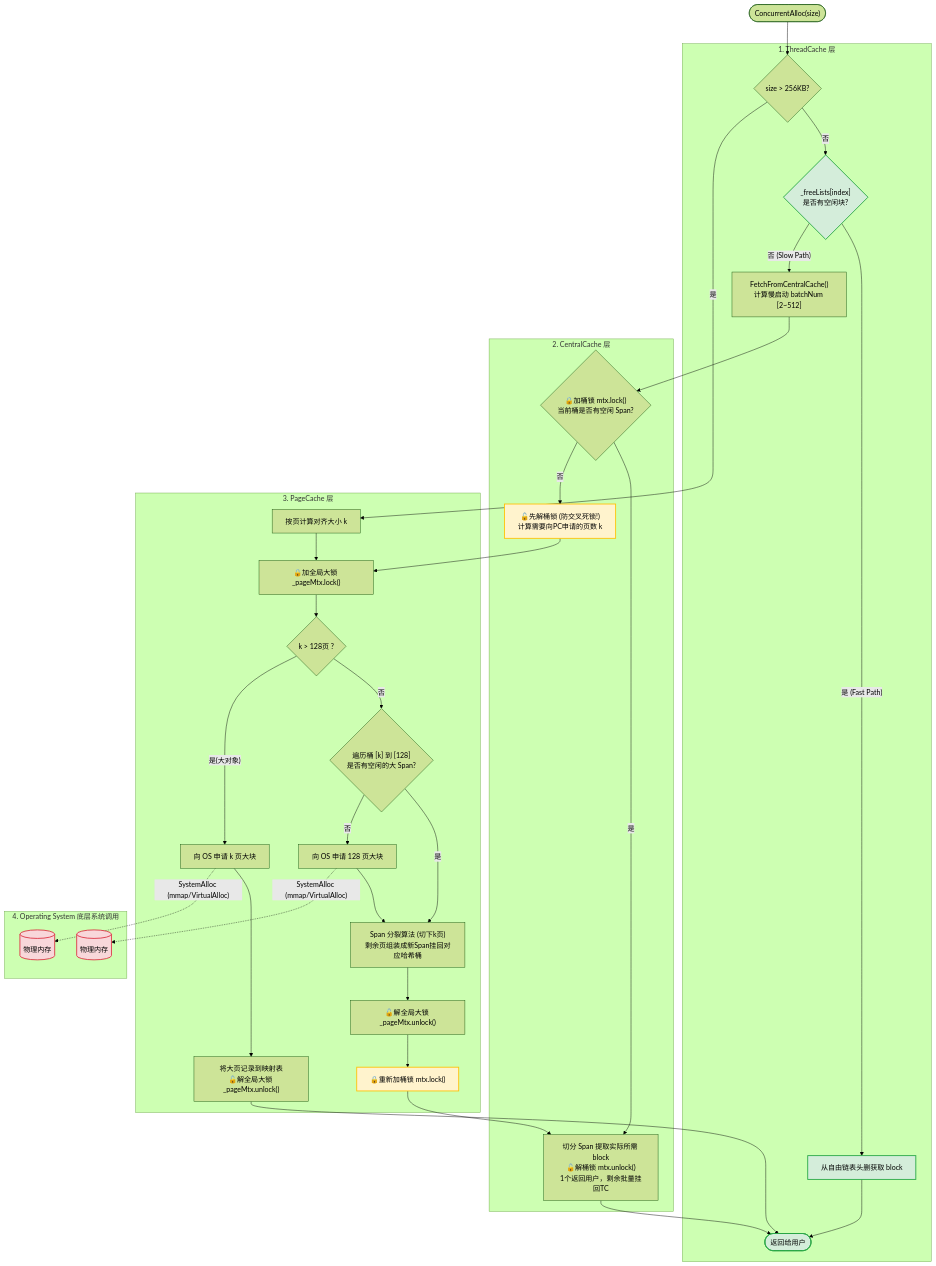
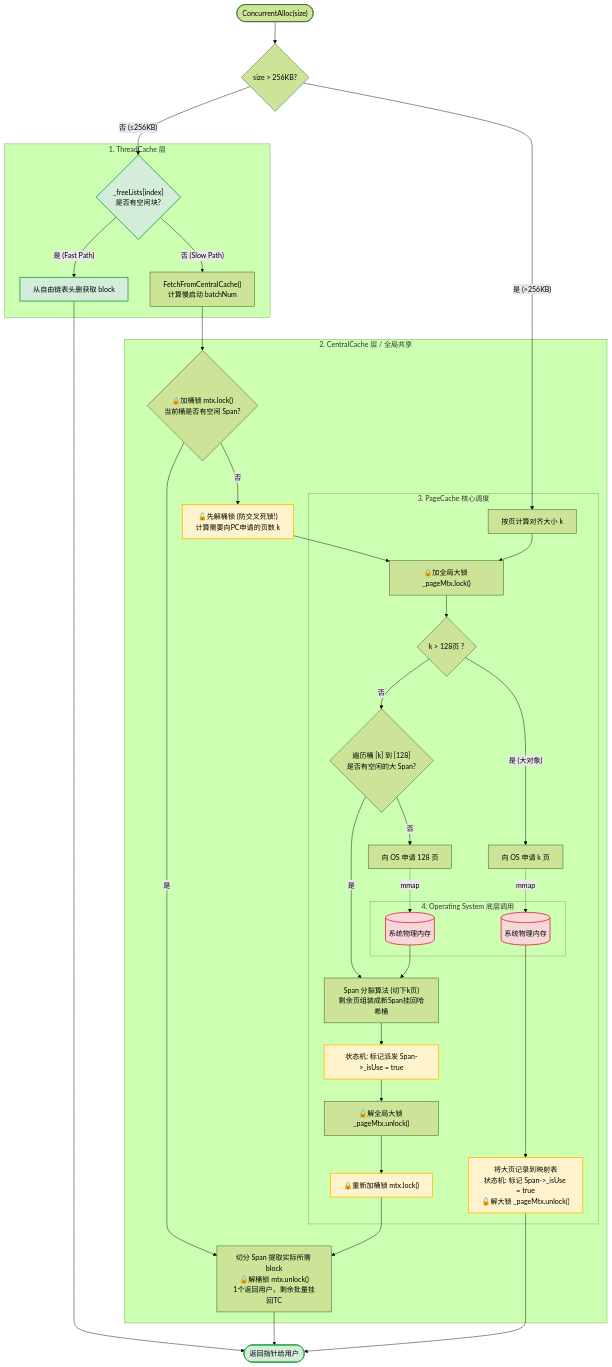
One commit to caoyue2020/MemoryPool changed the first of 3 diagrams in README.md. Above: the diagram before and after it, drawn with Mermaid (forest theme). The commit also changed other lines of this file, not shown here.

````diff
--- a/README.md
+++ b/README.md
@@ -52,63 +25,91 @@
 ```mermaid
 flowchart TD
-    %% 样式定义
+    %% ================= 1. 全局节点提前声明 =================
+    Start(["ConcurrentAlloc(size)"])
+    SizeCheck{"size > 256KB?"}
+    Return(["返回指针给用户"])
+
+    %% ================= 2. 线程私有层 =================
+    subgraph TC [1. ThreadCache 层]
+        CheckTC{"_freeLists[index]<br>是否有空闲块?"}
+        TCPop["从自由链表头删获取 block"]
+        FetchCC["FetchFromCentralCache()<br>计算慢启动 batchNum"]
+    end
+
+    %% ================= 3. 全局共享层 & 系统底层 (深度嵌套) =================
+    subgraph CC [2. CentralCache 层 / 全局共享]
+        CCGetOne{"🔒加桶锁 mtx.lock()<br>当前桶是否有空闲 Span?"}
+        CCSlice["切分 Span 提取实际所需 block<br>🔓解桶锁 mtx.unlock()<br>1个返回用户，剩余批量挂回TC"]
+        ReqPC["🔓先解桶锁 (防交叉死锁!)<br>计算需要向PC申请的页数 k"]:::warnNode
+
+        %% 【深度嵌套 1】：PageCache 属于 CentralCache 的后勤仓库
+        subgraph PC [3. PageCache 核心调度]
+            PCBig["按页计算对齐大小 k"]
+            PCLock["🔒加全局大锁 _pageMtx.lock()"]
+            CheckPC{"k > 128页 ?"}
+            SearchBucket{"遍历桶 [k] 到 [128]<br>是否有空闲的大 Span?"}
+            PCSplit["Span 分裂算法 (切下k页)<br>剩余页组装成新Span挂回哈希桶"]
+            
+            SetUse["状态机: 标记派发 Span->_isUse = true"]:::warnNode
+            
+            PCUnlock["🔓解全局大锁 _pageMtx.unlock()"]
+            CCLock3["🔒重新加桶锁 mtx.lock()"]:::warnNode
+            
+            SysAlloc128["向 OS 申请 128 页"]
+            SysAllocK["向 OS 申请 k 页"]
+            
+            PCUnlock2["将大页记录到映射表<br>状态机: 标记 Span->_isUse = true<br>🔓解大锁 _pageMtx.unlock()"]:::warnNode
+
+            %% 【深度嵌套 2】：OS 属于 PageCache 独占的底层资源
+            subgraph OS [4. Operating System 底层调用]
+                Mem1[(系统物理内存)]:::sysNode
+                Mem2[(系统物理内存)]:::sysNode
+            end
+        end
+    end
+
+    %% ================= 4. 集中连线 =================
+    Start --> SizeCheck
+    SizeCheck -- "否 (≤256KB)" --> CheckTC
+    SizeCheck -- "是 (>256KB)" --> PCBig
+    
+    %% TC 逻辑
+    CheckTC -- "是 (Fast Path)" --> TCPop
+    TCPop --> Return
+    CheckTC -- "否 (Slow Path)" --> FetchCC
+    FetchCC --> CCGetOne
+    
+    %% CC 逻辑
+    CCGetOne -- "是" --> CCSlice
+    CCSlice --> Return
+    CCGetOne -- "否" --> ReqPC
+    ReqPC --> PCLock
+    
+    %% PC 内部逻辑
+    PCBig --> PCLock
+    PCLock --> CheckPC
+    CheckPC -- "否" --> SearchBucket
+    SearchBucket -- "是" --> PCSplit
+    
+    %% 状态机转移链路
+    PCSplit --> SetUse
+    SetUse --> PCUnlock
+    PCUnlock --> CCLock3
+    CCLock3 --> CCSlice
+    
+    %% OS 跨层调用 (被完美限制在 PC 内部)
+    SearchBucket -- "否" --> SysAlloc128
+    SysAlloc128 -. "mmap" .-> Mem1
+    Mem1 --> PCSplit
+    
+    CheckPC -- "是 (大对象)" --> SysAllocK
+    SysAllocK -. "mmap" .-> Mem2
+    Mem2 --> PCUnlock2
+    PCUnlock2 --> Return
+
+    %% ================= 5. 样式配置 =================
     classDef fastPath fill:#d4edda,stroke:#28a745,stroke-width:2px;
     classDef sysNode fill:#f8d7da,stroke:#dc3545,stroke-width:2px;
     classDef warnNode fill:#fff3cd,stroke:#ffc107,stroke-width:2px;
-
-    Start(["ConcurrentAlloc(size)"]) --> SizeCheck{"size > 256KB?"}
-
-    %% ================= ThreadCache 层 =================
-    subgraph TC [1. ThreadCache 层]
-        SizeCheck -- "否" --> CheckTC{"_freeLists[index]<br>是否有空闲块?"}
-        
-        CheckTC -- "是 (Fast Path)" --> TCPop["从自由链表头删获取 block"]
-        TCPop --> Return(["返回给用户"])
-        
-        CheckTC -- "否 (Slow Path)" --> FetchCC["FetchFromCentralCache()<br>计算慢启动 batchNum [2~512]"]
-    end
-
-    %% ================= CentralCache 层 =================
-    subgraph CC [2. CentralCache 层]
-        FetchCC --> CCGetOne{"🔒加桶锁 mtx.lock()<br>当前桶是否有空闲 Span?"}
-        
-        CCGetOne -- "是" --> CCSlice["切分 Span 提取实际所需 block<br>🔓解桶锁 mtx.unlock()<br>1个返回用户，剩余批量挂回TC"]
-        CCSlice --> Return
-        
-        CCGetOne -- "否" --> ReqPC["🔓先解桶锁 (防交叉死锁!)<br>计算需要向PC申请的页数 k"]:::warnNode
-    end
-
-    %% ================= PageCache 层 =================
-    subgraph PC [3. PageCache 层]
-        SizeCheck -- "是" --> PCBig["按页计算对齐大小 k"]
-        PCBig --> PCLock
-        ReqPC --> PCLock["🔒加全局大锁 _pageMtx.lock()"]
-        
-        PCLock --> CheckPC{"k > 128页 ?"}
-        
-        CheckPC -- "否" --> SearchBucket{"遍历桶 [k] 到 [128]<br>是否有空闲的大 Span?"}
-        
-        SearchBucket -- "是" --> PCSplit["Span 分裂算法 (切下k页)<br>剩余页组装成新Span挂回对应哈希桶"]
-        PCSplit --> PCUnlock["🔓解全局大锁 _pageMtx.unlock()"]
-        
-        %% 回调 CC
-        PCUnlock --> CCLock3["🔒重新加桶锁 mtx.lock()"]:::warnNode
-        CCLock3 --> CCSlice
-        
-        SearchBucket -- "否" --> SysAlloc128["向 OS 申请 128 页大块"]
-        SysAlloc128 --> PCSplit
-        
-        CheckPC -- "是(大对象)" --> SysAllocK["向 OS 申请 k 页大块"]
-        SysAllocK --> PCUnlock2["将大页记录到映射表<br>🔓解全局大锁 _pageMtx.unlock()"]
-        PCUnlock2 --> Return
-    end
-
-    %% ================= OS 层 =================
-    subgraph OS [4. Operating System 底层系统调用]
-        SysAlloc128 -. "SystemAlloc (mmap/VirtualAlloc)" .-> Mem1[(物理内存)]:::sysNode
-        SysAllocK -. "SystemAlloc (mmap/VirtualAlloc)" .-> Mem2[(物理内存)]:::sysNode
-    end
-
-    %% 应用绿色主线样式
     class CheckTC,TCPop,Return fastPath;
 ```
````
